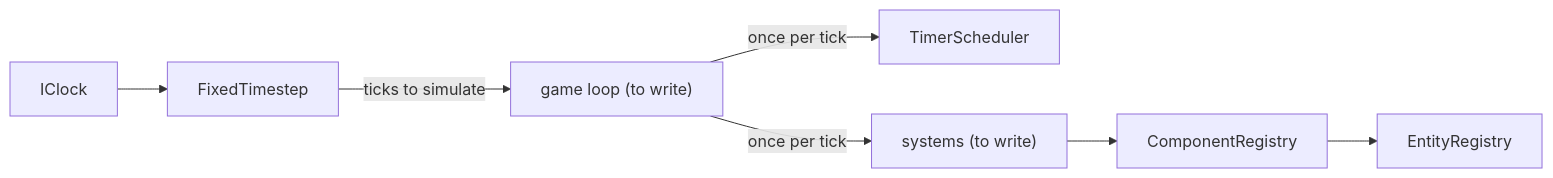
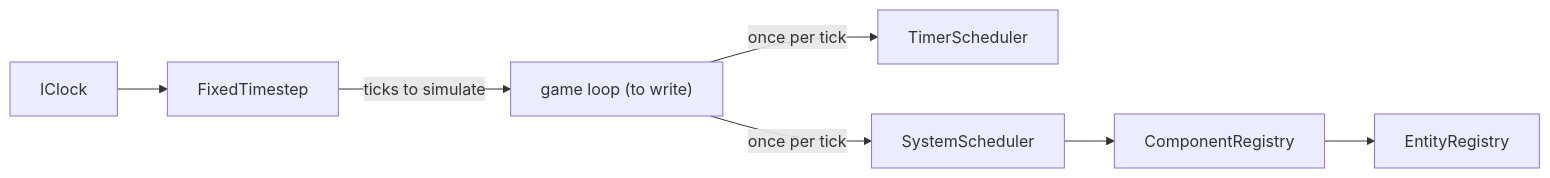
The diagram in docs/src/content/docs/engine.md (nique-epi/R-Type), drawn with Mermaid before and after one commit. The commit also changed other lines of this file and 21 other files, not shown here.

````diff
--- a/docs/src/content/docs/engine.md
+++ b/docs/src/content/docs/engine.md
@@ -21,9 +21,9 @@
 ```mermaid
 flowchart LR
   Clock[IClock] --> Step[FixedTimestep]
   Step -- "ticks to simulate" --> Loop["game loop (to write)"]
   Loop -- "once per tick" --> Timers[TimerScheduler]
-  Loop -- "once per tick" --> Systems["systems (to write)"]
+  Loop -- "once per tick" --> Systems[SystemScheduler]
   Systems --> Components[ComponentRegistry]
   Components --> Entities[EntityRegistry]
 ```
````
